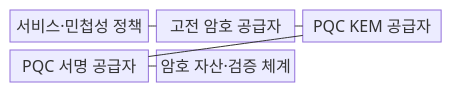
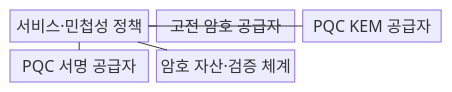
The first of 2 diagrams in src/content/docs/notes/05-security/012_post_quantum_cryptography.md (agnusdei1207/knowledge-base), drawn with Mermaid before and after one commit. The commit also changed other lines of this file and 20 other files, not shown here.

````diff
--- a/src/content/docs/notes/05-security/012_post_quantum_cryptography.md
+++ b/src/content/docs/notes/05-security/012_post_quantum_cryptography.md
@@ -62,13 +62,13 @@
 ```mermaid
 block-beta
     columns 3
     S["서비스·민첩성 정책"]
     C["고전 암호 공급자"]
     K["PQC KEM 공급자"]
     D["PQC 서명 공급자"]
     I["암호 자산·검증 체계"]
     S --- C
-    C --- K
-    K --- D
-    D --- I
+    S --- K
+    S --- D
+    S --- I
 ```
````
